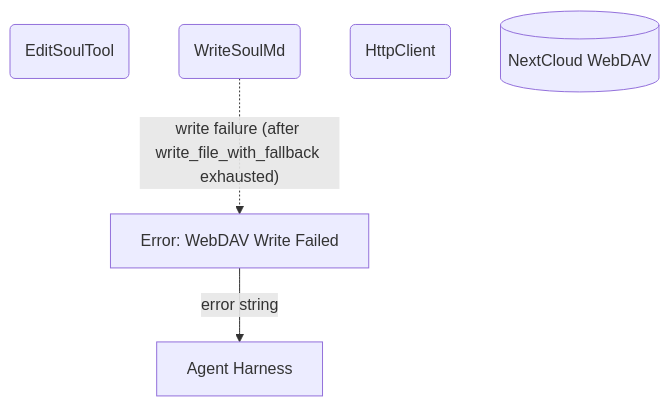
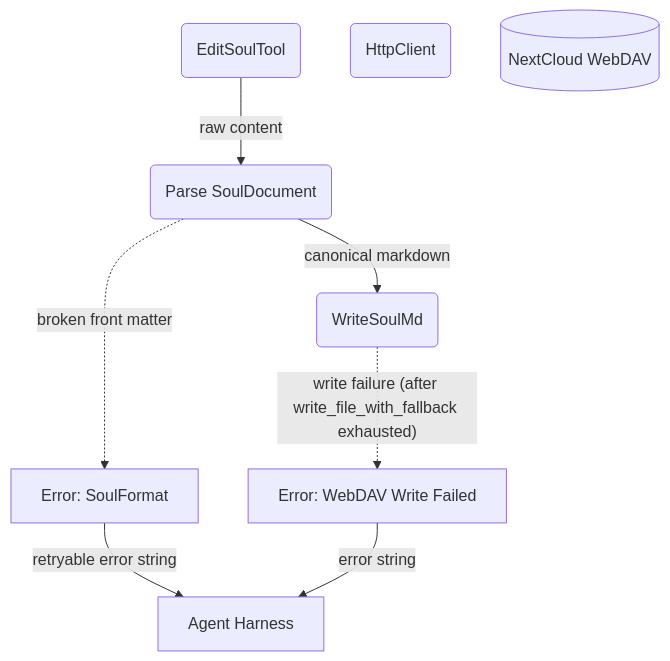
The diagram in _dfd/tools/edit-soul/level-2/error-handling.md (cosmoswafer/rockbot), drawn with Mermaid before and after one commit. The commit also changed other lines of this file and 22 other files, not shown here.

Commit message:
Soul format: YAML front matter + legacy name migration (closes #105)

````diff
--- a/_dfd/tools/edit-soul/level-2/error-handling.md
+++ b/_dfd/tools/edit-soul/level-2/error-handling.md
@@ -11,12 +14,18 @@
 ```mermaid
 flowchart TD
     SOUL(EditSoulTool)
+    PARSE(Parse SoulDocument)
     PUT(WriteSoulMd)
     HTTP(HttpClient)
     DAV[(NextCloud WebDAV)]
+    ERR_FORMAT[Error: SoulFormat]
     ERR_WRITE[Error: WebDAV Write Failed]
     AGENT[Agent Harness]
 
+    SOUL -->|"raw content"| PARSE
+    PARSE -.->|"broken front matter"| ERR_FORMAT
+    PARSE -->|"canonical markdown"| PUT
     PUT -.->|"write failure (after write_file_with_fallback exhausted)"| ERR_WRITE
+    ERR_FORMAT -->|"retryable error string"| AGENT
     ERR_WRITE -->|"error string"| AGENT
 ```
````
